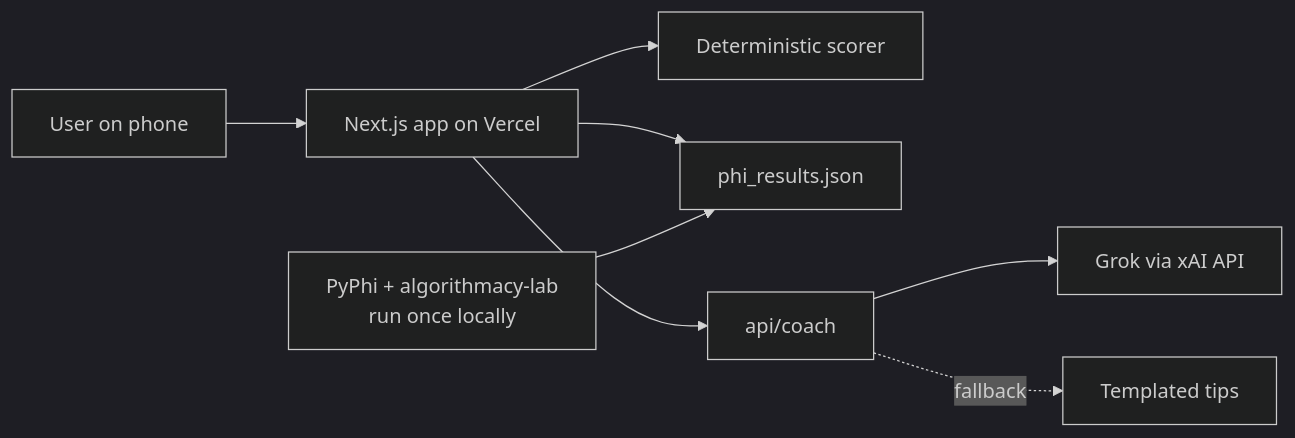
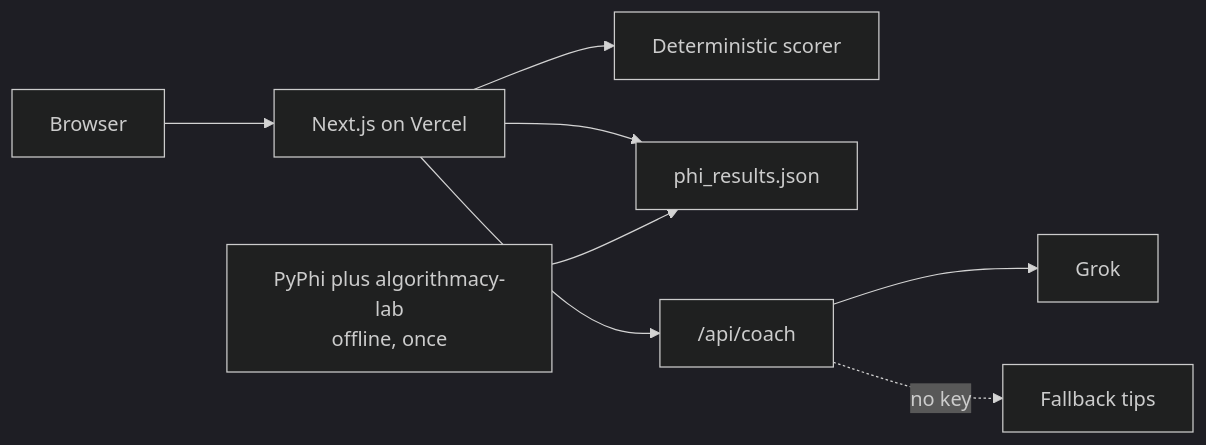
Before and after one commit to Narahari2364/Algorithmacy-Coach: the first of 5 diagrams in README.md, drawn with Mermaid (dark theme). The commit also changed other lines of this file and 28 other files, not shown here.

````diff
--- a/README.md
+++ b/README.md
@@ -33,10 +42,10 @@
 ```mermaid
 flowchart LR
-  U[User on phone] --> P[Next.js app on Vercel]
-  P --> S[Deterministic scorer]
-  P --> J[phi_results.json]
-  P --> G[api/coach]
-  G --> X[Grok via xAI API]
-  G -. fallback .-> F[Templated tips]
-  PY[PyPhi + algorithmacy-lab<br/>run once locally] --> J
+  B[Browser] --> N[Next.js on Vercel]
+  N --> S[Deterministic scorer]
+  N --> J[phi_results.json]
+  N --> A["/api/coach"]
+  A --> G[Grok]
+  A -. no key .-> F[Fallback tips]
+  P[PyPhi plus algorithmacy-lab<br/>offline, once] --> J
 ```
````
